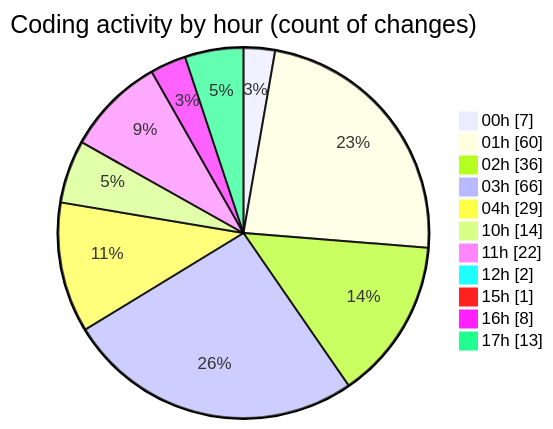
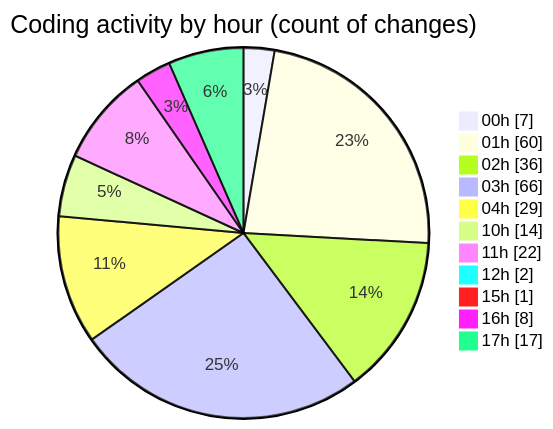
The second of 2 diagrams in 2025-10-07/eventscop-frontend-guide__workspace_/README.md (julien-gomy/code-tracking), drawn with Mermaid before and after one commit. The commit also changed other lines of this file and 1 other file, not shown here.

````diff
--- a/2025-10-07/eventscop-frontend-guide__workspace_/README.md
+++ b/2025-10-07/eventscop-frontend-guide__workspace_/README.md
@@ -107,15 +107,15 @@
 ```mermaid
 pie showData
 title Coding activity by hour (count of changes)
 "00h" : 7
 "01h" : 60
 "02h" : 36
 "03h" : 66
 "04h" : 29
 "10h" : 14
 "11h" : 22
 "12h" : 2
 "15h" : 1
 "16h" : 8
-"17h" : 13
+"17h" : 17
 ```
````
